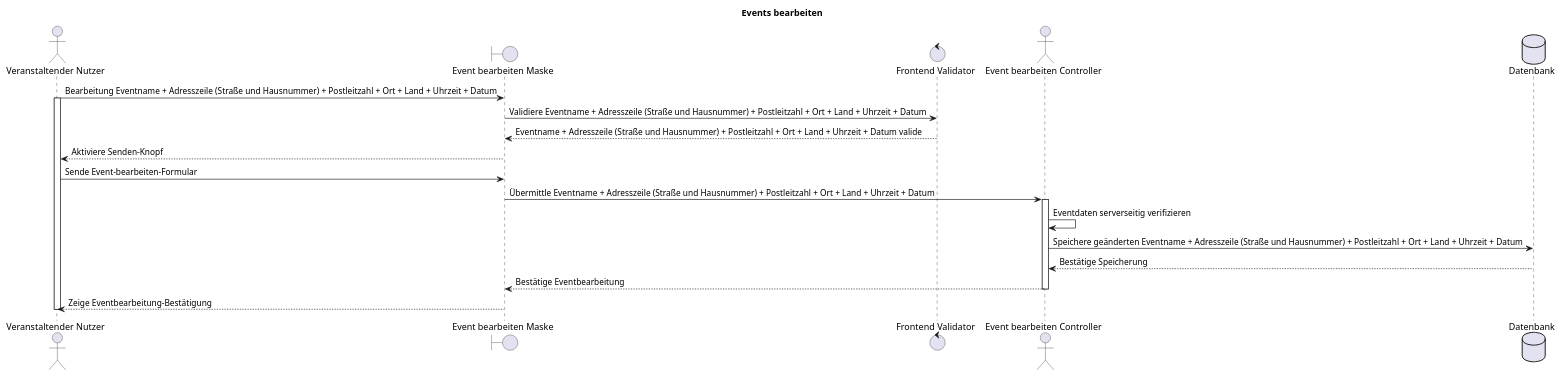
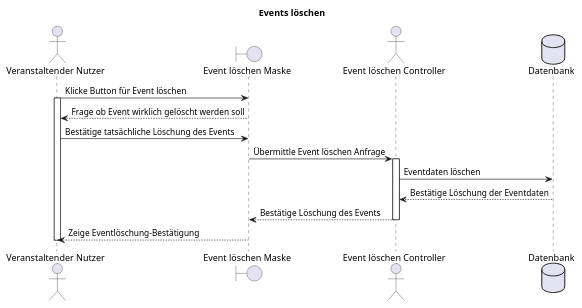
One commit to party-time-2/party-time changed the diagram in docs/F003/F003_eventsLoeschen_seq.plantuml. Above: the diagram before and after it, drawn with PlantUML. The commit also changed 8 other files, not shown here.

Commit message:
F003 diagrams

```diff
--- a/docs/F003/F003_eventsLoeschen_seq.plantuml
+++ b/docs/F003/F003_eventsLoeschen_seq.plantuml
@@ -1,27 +1,22 @@
-@startuml F002_eventsBearbeiten_seq
-title "Events bearbeiten"
+@startuml F003_eventsLoeschen_seq
+title "Events löschen"
 
 actor "Veranstaltender Nutzer" as user
-boundary "Event bearbeiten Maske" as editEvent
-control "Frontend Validator" as frontValid
-actor "Event bearbeiten Controller" as controller
+boundary "Event löschen Maske" as deleteEventMask
+actor "Event löschen Controller" as controller
 database "Datenbank" as db
 
-user -> editEvent: Bearbeitung Eventname + Adresszeile (Straße und Hausnummer) + Postleitzahl + Ort + Land + Uhrzeit + Datum
+user -> deleteEventMask: Klicke Button für Event löschen
 activate user
-editEvent -> frontValid: Validiere Eventname + Adresszeile (Straße und Hausnummer) + Postleitzahl + Ort + Land + Uhrzeit + Datum
-editEvent <-- frontValid: Eventname + Adresszeile (Straße und Hausnummer) + Postleitzahl + Ort + Land + Uhrzeit + Datum valide
-user <-- editEvent: Aktiviere Senden-Knopf
-user -> editEvent: Sende Event-bearbeiten-Formular
-
-editEvent -> controller: Übermittle Eventname + Adresszeile (Straße und Hausnummer) + Postleitzahl + Ort + Land + Uhrzeit + Datum
+user <-- deleteEventMask: Frage ob Event wirklich gelöscht werden soll
+user -> deleteEventMask: Bestätige tatsächliche Löschung des Events
+deleteEventMask -> controller: Übermittle Event löschen Anfrage
 activate controller
-controller -> controller: Eventdaten serverseitig verifizieren
-controller -> db: Speichere geänderten Eventname + Adresszeile (Straße und Hausnummer) + Postleitzahl + Ort + Land + Uhrzeit + Datum
-controller <-- db: Bestätige Speicherung
-editEvent <-- controller: Bestätige Eventbearbeitung
+controller -> db: Eventdaten löschen
+controller <-- db: Bestätige Löschung der Eventdaten
+deleteEventMask <-- controller: Bestätige Löschung des Events
 deactivate controller
 
-user <-- editEvent: Zeige Eventbearbeitung-Bestätigung
+user <-- deleteEventMask: Zeige Eventlöschung-Bestätigung
 deactivate user
 @enduml
```
